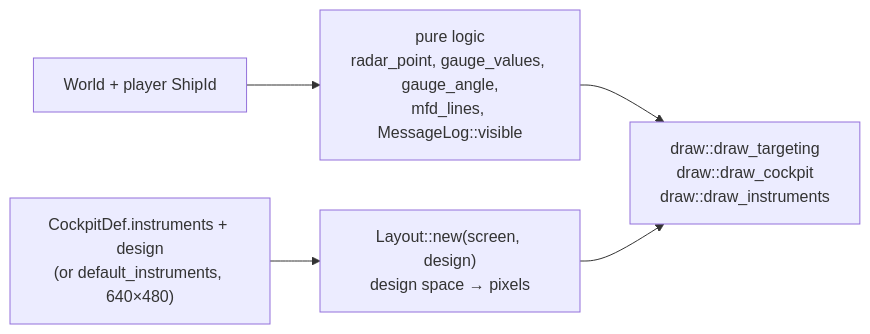
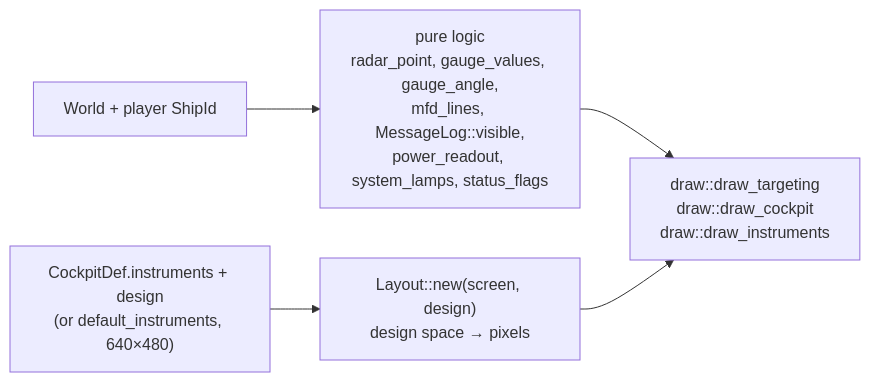
The diagram in docs/architecture/hud.md (bbogovich/OpenInterceptor), drawn with Mermaid before and after one commit. The commit also changed other lines of this file and 36 other files, not shown here.

````diff
--- a/docs/architecture/hud.md
+++ b/docs/architecture/hud.md
@@ -9,7 +10,7 @@
 ```mermaid
 flowchart LR
-    W["World + player ShipId"] --> L["pure logic<br/>radar_point, gauge_values, gauge_angle,<br/>mfd_lines, MessageLog::visible"]
+    W["World + player ShipId"] --> L["pure logic<br/>radar_point, gauge_values, gauge_angle,<br/>mfd_lines, MessageLog::visible,<br/>power_readout, system_lamps, status_flags"]
     CK["CockpitDef.instruments + design<br/>(or default_instruments, 640×480)"] --> LY["Layout::new(screen, design)<br/>design space → pixels"]
     L --> D["draw::draw_targeting<br/>draw::draw_cockpit<br/>draw::draw_instruments"]
     LY --> D
 ```
````
